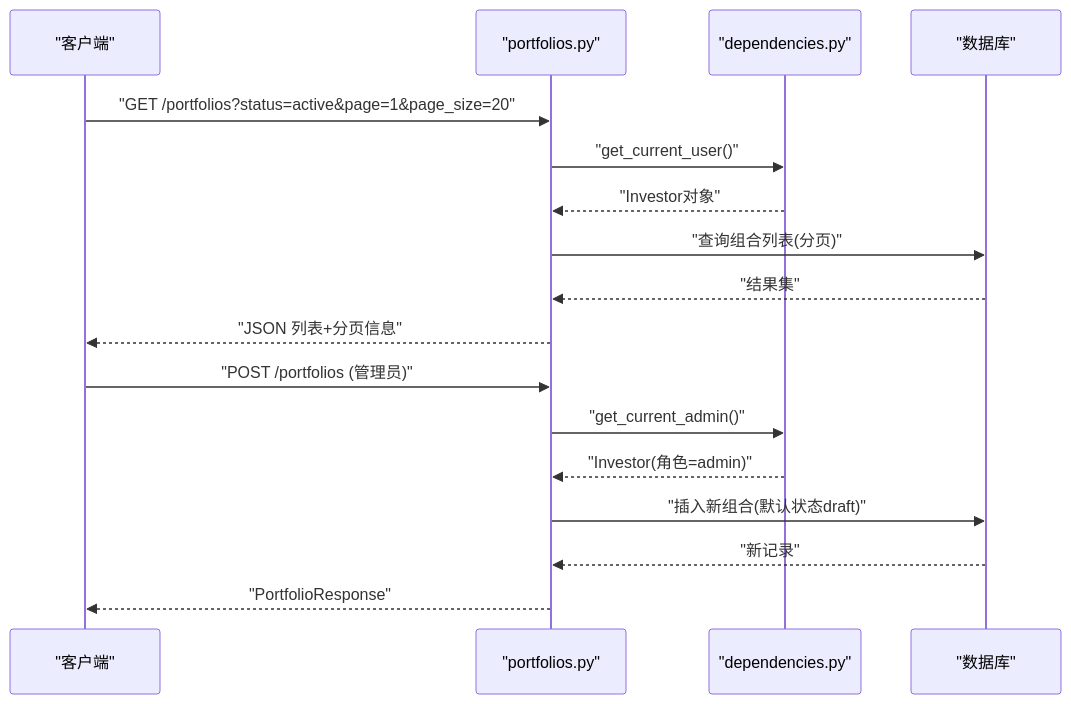
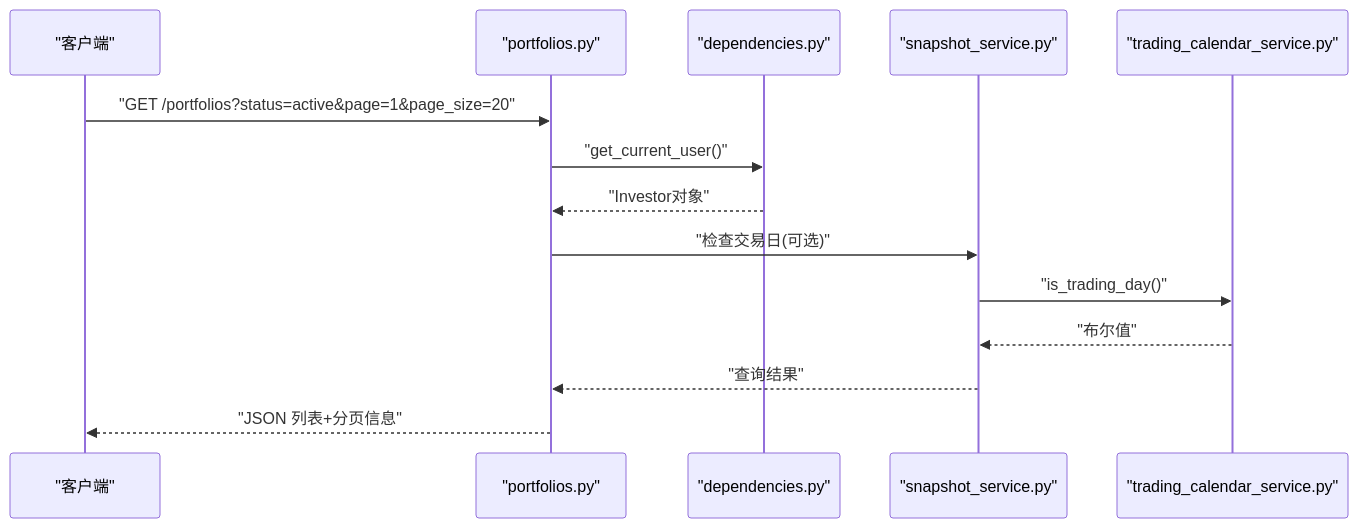
One commit to gujialind/InvestRing changed the second of 4 diagrams in .qoder/repowiki/zh/content/后端API文档/投资组合管理API.md. Above: the diagram before and after it, drawn with Mermaid. The commit also changed other lines of this file and 97 other files, not shown here.

````diff
--- a/.qoder/repowiki/zh/content/后端API文档/投资组合管理API.md
+++ b/.qoder/repowiki/zh/content/后端API文档/投资组合管理API.md
@@ -101,19 +123,16 @@
 ```mermaid
 sequenceDiagram
 participant 客户端 as "客户端"
 participant 路由 as "portfolios.py"
 participant 依赖 as "dependencies.py"
-participant DB as "数据库"
+participant 服务 as "snapshot_service.py"
+participant 日历 as "trading_calendar_service.py"
 客户端->>路由 : "GET /portfolios?status=active&page=1&page_size=20"
 路由->>依赖 : "get_current_user()"
 依赖-->>路由 : "Investor对象"
-路由->>DB : "查询组合列表(分页)"
-DB-->>路由 : "结果集"
+路由->>服务 : "检查交易日(可选)"
+服务->>日历 : "is_trading_day()"
+日历-->>服务 : "布尔值"
+服务-->>路由 : "查询结果"
 路由-->>客户端 : "JSON 列表+分页信息"
-客户端->>路由 : "POST /portfolios (管理员)"
-路由->>依赖 : "get_current_admin()"
-依赖-->>路由 : "Investor(角色=admin)"
-路由->>DB : "插入新组合(默认状态draft)"
-DB-->>路由 : "新记录"
-路由-->>客户端 : "PortfolioResponse"
 ```
````
